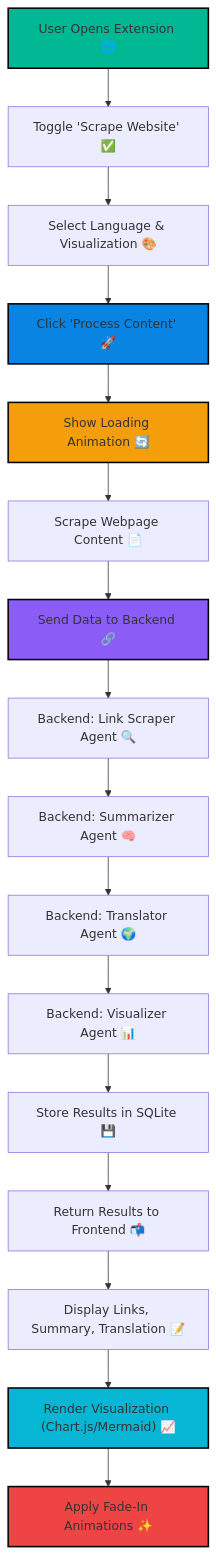
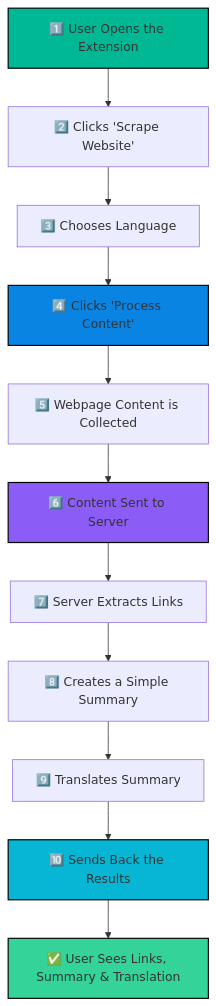
Before and after one commit to arav7781/7Crawl-Chrome-Extension: the diagram in README.md, drawn with Mermaid.

````diff
--- a/README.md
+++ b/README.md
@@ -43,24 +43,19 @@
 ```mermaid
 flowchart TD
-    A["User Opens Extension 🌐"] --> B["Toggle 'Scrape Website' ✅"]
-    B --> C["Select Language & Visualization 🎨"]
-    C --> D["Click 'Process Content' 🚀"]
-    D --> E["Show Loading Animation 🔄"]
-    E --> F["Scrape Webpage Content 📄"]
-    F --> G["Send Data to Backend 🔗"]
-    G --> H["Backend: Link Scraper Agent 🔍"]
-    H --> I["Backend: Summarizer Agent 🧠"]
-    I --> J["Backend: Translator Agent 🌍"]
-    J --> K["Backend: Visualizer Agent 📊"]
-    K --> L["Store Results in SQLite 💾"]
-    L --> M["Return Results to Frontend 📬"]
-    M --> N["Display Links, Summary, Translation 📝"]
-    N --> O["Render Visualization (Chart.js/Mermaid) 📈"]
-    O --> P["Apply Fade-In Animations ✨"]
-    style A fill:#00b894,stroke:#000,stroke-width:2px
-    style D fill:#0984e3,stroke:#000,stroke-width:2px
-    style E fill:#f59e0b,stroke:#000,stroke-width:2px
-    style G fill:#8b5cf6,stroke:#000,stroke-width:2px
-    style O fill:#06b6d4,stroke:#000,stroke-width:2px
-    style P fill:#ef4444,stroke:#000,stroke-width:2px
+    A["1️⃣ User Opens the Extension"] --> B["2️⃣ Clicks 'Scrape Website'"]
+    B --> C["3️⃣ Chooses Language"]
+    C --> D["4️⃣ Clicks 'Process Content'"]
+    D --> E["5️⃣ Webpage Content is Collected"]
+    E --> F["6️⃣ Content Sent to Server"]
+    F --> G["7️⃣ Server Extracts Links"]
+    G --> H["8️⃣ Creates a Simple Summary"]
+    H --> I["9️⃣ Translates Summary"]
+    I --> J["🔟 Sends Back the Results"]
+    J --> K["✅ User Sees Links, Summary & Translation"]
+
+    style A fill:#00b894,stroke:#000,stroke-width:1.5px
+    style D fill:#0984e3,stroke:#000,stroke-width:1.5px
+    style F fill:#8b5cf6,stroke:#000,stroke-width:1.5px
+    style J fill:#06b6d4,stroke:#000,stroke-width:1.5px
+    style K fill:#34d399,stroke:#000,stroke-width:1.5px
 ```
````
